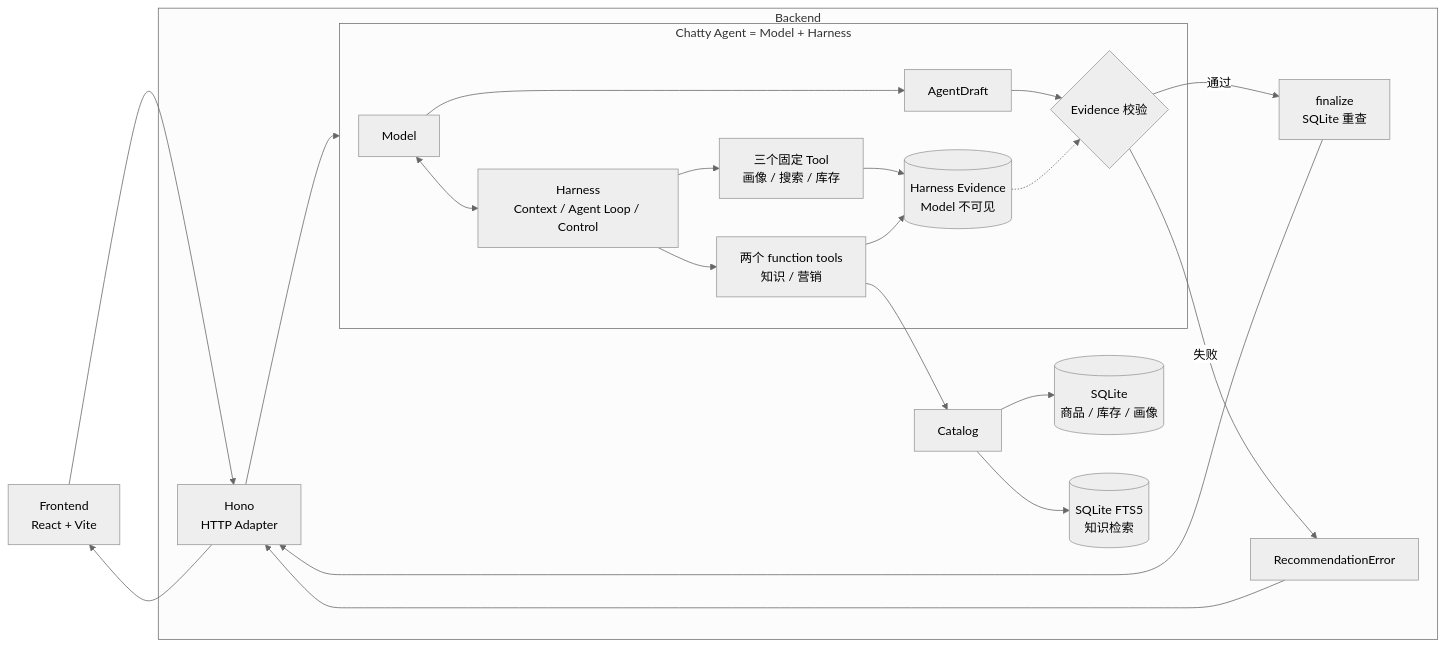
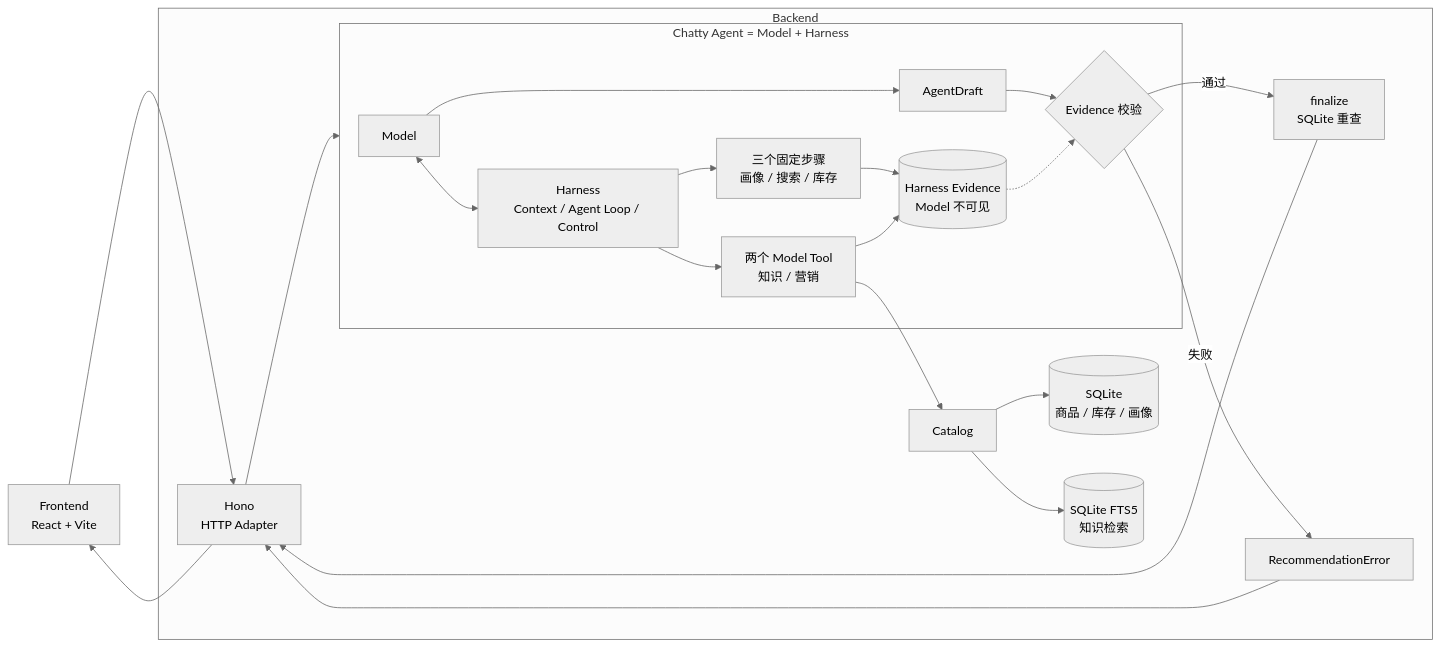
The diagram in docs/chatty-book/chapter1.md (ImWenyaoT/chatty), drawn with Mermaid (neutral theme) before and after one commit. The commit also changed other lines of this file and 38 other files, not shown here.

````diff
--- a/docs/chatty-book/chapter1.md
+++ b/docs/chatty-book/chapter1.md
@@ -17,25 +15,25 @@
 ```mermaid
 flowchart LR
     UI["Frontend<br/>React + Vite"] --> API
     subgraph Backend["Backend"]
         API["Hono<br/>HTTP Adapter"] --> A
         subgraph A["Chatty Agent = Model + Harness"]
             M["Model"] <--> H["Harness<br/>Context / Agent Loop / Control"]
-            H --> F["三个固定 Tool<br/>画像 / 搜索 / 库存"]
-            H --> T["两个 function tools<br/>知识 / 营销"]
+            H --> F["三个固定步骤<br/>画像 / 搜索 / 库存"]
+            H --> T["两个 Model Tool<br/>知识 / 营销"]
             F --> E
             T --> E[("Harness Evidence<br/>Model 不可见")]
             M --> D["AgentDraft"]
             D --> V{"Evidence 校验"}
             E -.-> V
         end
         T --> CAT["Catalog"]
         CAT --> DB[("SQLite<br/>商品 / 库存 / 画像")]
         CAT --> FTS[("SQLite FTS5<br/>知识检索")]
         V -->|"通过"| FIN["finalize<br/>SQLite 重查"]
         V -->|"失败"| ERR["RecommendationError"]
         FIN --> API
         ERR --> API
     end
     API --> UI
 ```
````
